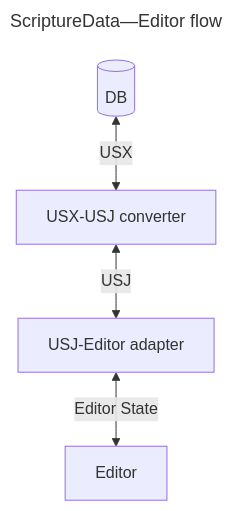
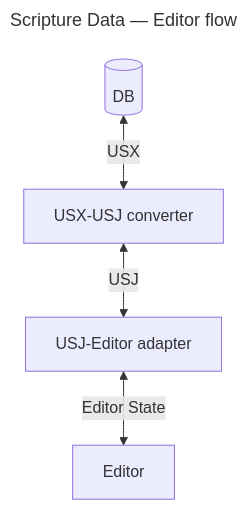
The diagram in packages/platform/README.md (BiblioNexus-Foundation/scripture-editors), drawn with Mermaid before and after one commit. The commit also changed other lines of this file and 13 other files, not shown here.

````diff
--- a/packages/platform/README.md
+++ b/packages/platform/README.md
@@ -13,9 +13,9 @@
 ```mermaid
 ---
-title: ScriptureData—Editor flow
+title: Scripture Data — Editor flow
 ---
 graph TB
   DB[(DB)] <-- USX --> C
   C[USX-USJ converter] <-- USJ --> A
   A[USJ-Editor adapter] <-- Editor State --> Editor
 ```
````
